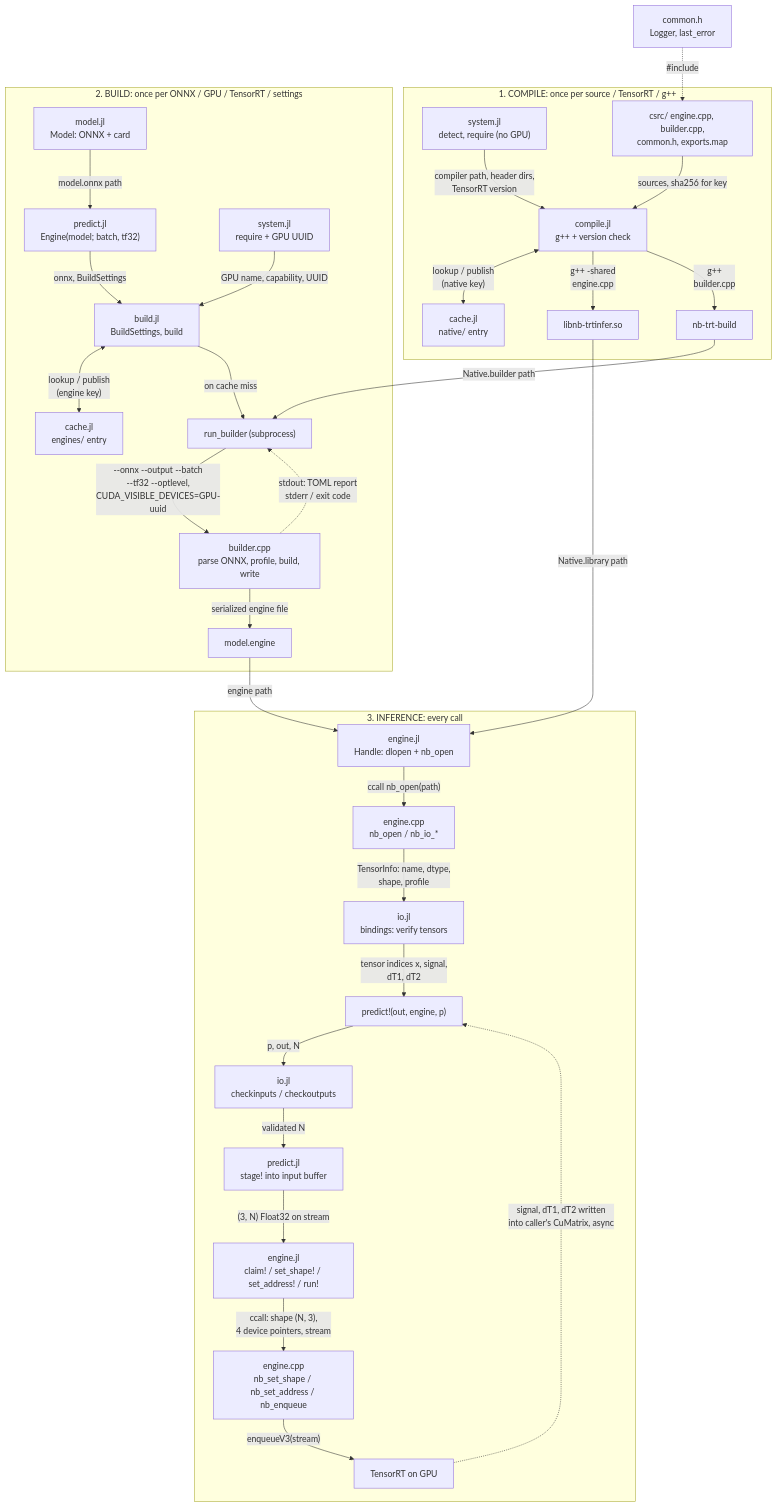
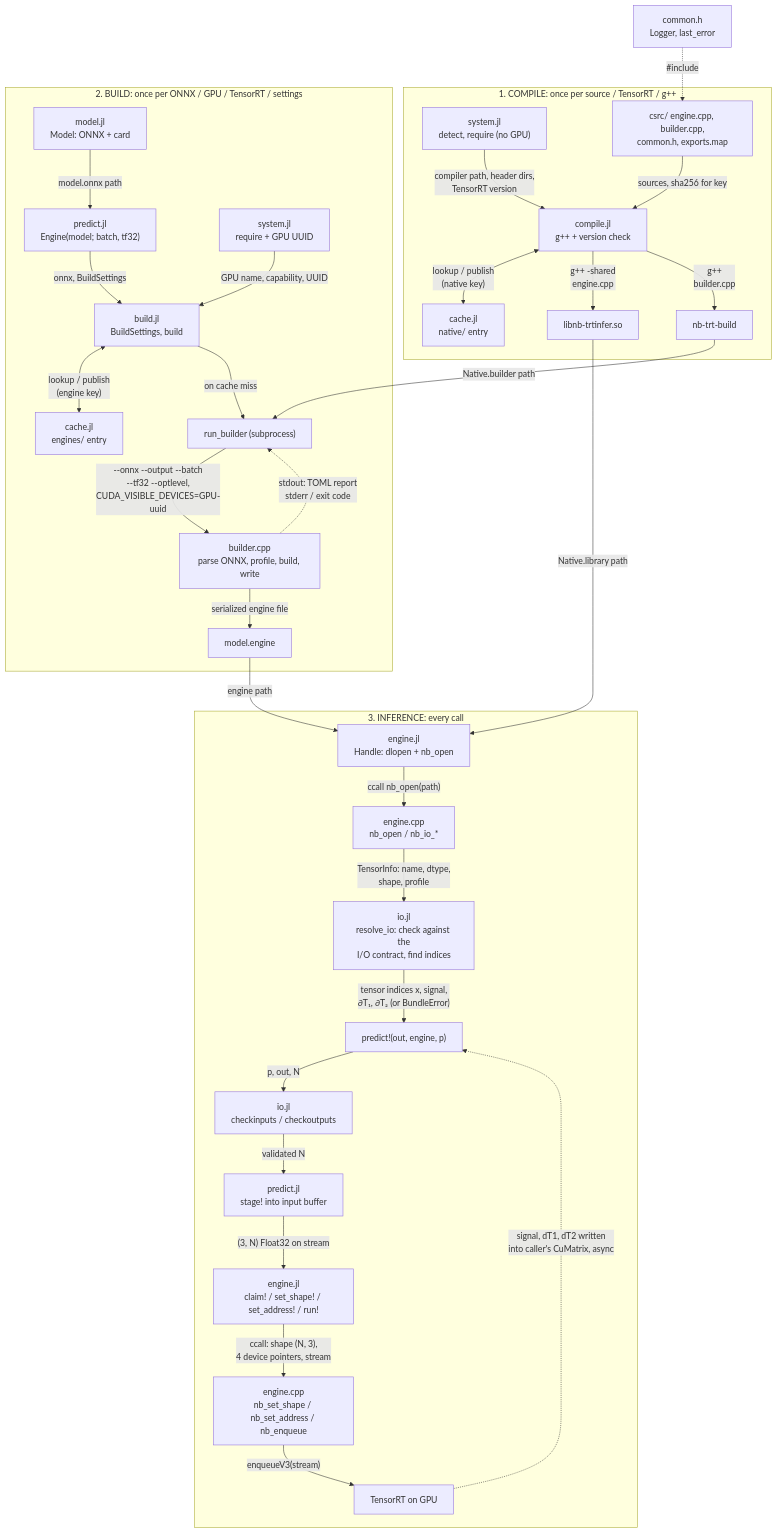
The third of 3 diagrams in architecture.md (NLeSC-COMPAS/NeuralBloch.jl), drawn with Mermaid before and after one commit. The commit also changed other lines of this file and 4 other files, not shown here.

Commit message:
Rename function `bindings` to `resolve_io` and improve its docstring

````diff
--- a/architecture.md
+++ b/architecture.md
@@ -108,38 +108,38 @@
 ```mermaid
 flowchart TD
     subgraph P1["1. COMPILE: once per source / TensorRT / g++"]
         SYS1["system.jl<br/>detect, require (no GPU)"] -->|"compiler path, header dirs,<br/>TensorRT version"| CMP
         CS["csrc/ engine.cpp, builder.cpp,<br/>common.h, exports.map"] -->|"sources, sha256 for key"| CMP["compile.jl<br/>g++ + version check"]
         CMP <-->|"lookup / publish<br/>(native key)"| CA1["cache.jl<br/>native/ entry"]
         CMP -->|"g++ -shared<br/>engine.cpp"| LIB["libnb-trtinfer.so"]
         CMP -->|"g++<br/>builder.cpp"| EXE["nb-trt-build"]
     end
 
     subgraph P2["2. BUILD: once per ONNX / GPU / TensorRT / settings"]
         MOD["model.jl<br/>Model: ONNX + card"] -->|"model.onnx path"| ENG1
         ENG1["predict.jl<br/>Engine(model; batch, tf32)"] -->|"onnx, BuildSettings"| BLD["build.jl<br/>BuildSettings, build"]
         SYS2["system.jl<br/>require + GPU UUID"] -->|"GPU name, capability, UUID"| BLD
         BLD <-->|"lookup / publish<br/>(engine key)"| CA2["cache.jl<br/>engines/ entry"]
         BLD -->|"on cache miss"| RUN["run_builder (subprocess)"]
         EXE -->|"Native.builder path"| RUN
         RUN -->|"--onnx --output --batch<br/>--tf32 --optlevel,<br/>CUDA_VISIBLE_DEVICES=GPU-uuid"| BC["builder.cpp<br/>parse ONNX, profile, build, write"]
         BC -->|"serialized engine file"| PLAN["model.engine"]
         BC -.->|"stdout: TOML report<br/>stderr / exit code"| RUN
     end
 
     subgraph P3["3. INFERENCE: every call"]
         HND["engine.jl<br/>Handle: dlopen + nb_open"] -->|"ccall nb_open(path)"| EC["engine.cpp<br/>nb_open / nb_io_*"]
-        EC -->|"TensorInfo: name, dtype,<br/>shape, profile"| BIND["io.jl<br/>bindings: verify tensors"]
-        BIND -->|"tensor indices x, signal,<br/>dT1, dT2"| PRED["predict!(out, engine, p)"]
+        EC -->|"TensorInfo: name, dtype,<br/>shape, profile"| BIND["io.jl<br/>resolve_io: check against the<br/>I/O contract, find indices"]
+        BIND -->|"tensor indices x, signal,<br/>∂T₁, ∂T₂ (or BundleError)"| PRED["predict!(out, engine, p)"]
         PRED -->|"p, out, N"| CHK["io.jl<br/>checkinputs / checkoutputs"]
         CHK -->|"validated N"| STG["predict.jl<br/>stage! into input buffer"]
         STG -->|"(3, N) Float32 on stream"| CALL["engine.jl<br/>claim! / set_shape! / set_address! / run!"]
         CALL -->|"ccall: shape (N, 3),<br/>4 device pointers, stream"| EC2["engine.cpp<br/>nb_set_shape / nb_set_address / nb_enqueue"]
         EC2 -->|"enqueueV3(stream)"| GPU["TensorRT on GPU"]
         GPU -.->|"signal, dT1, dT2 written<br/>into caller's CuMatrix, async"| PRED
     end
 
     CH["common.h<br/>Logger, last_error"] -.->|"#include"| CS
     LIB -->|"Native.library path"| HND
     PLAN -->|"engine path"| HND
 ```
````
